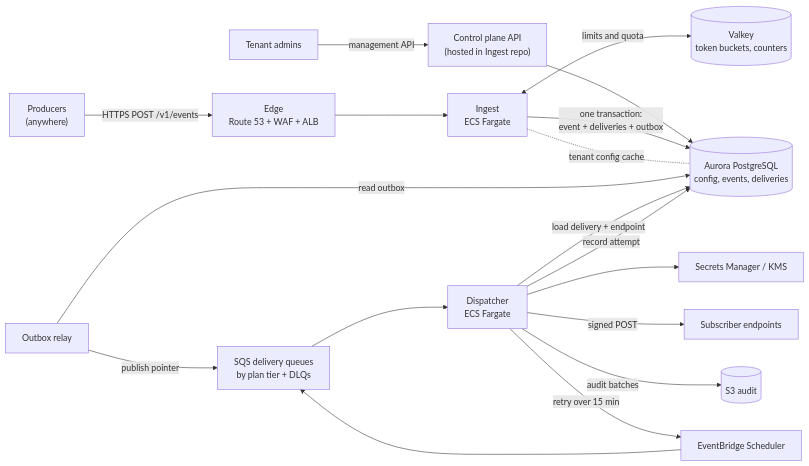
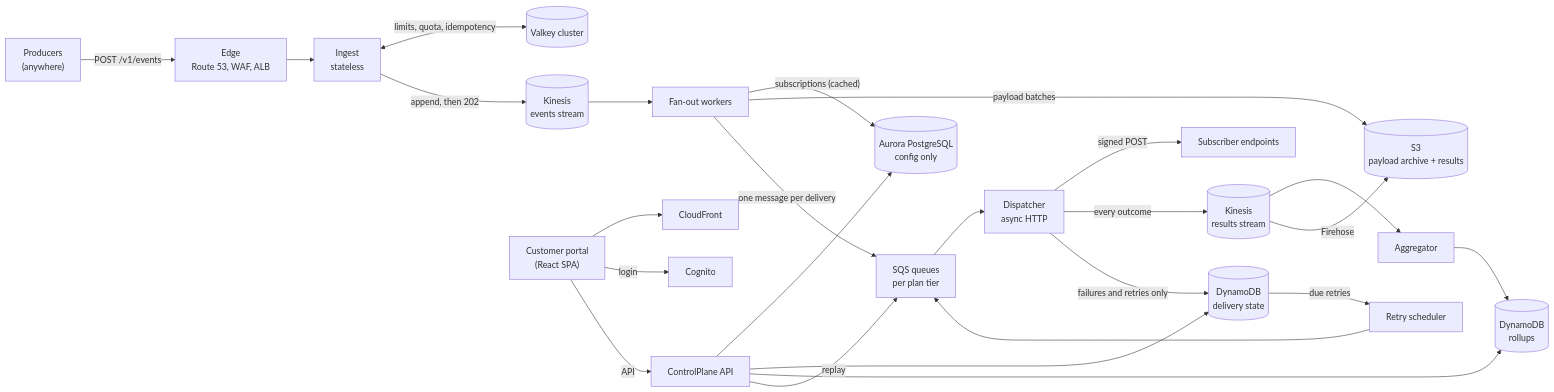
The first of 7 diagrams in docs/architecture.md (twobudgies/WebhookGateway), drawn with Mermaid before and after one commit. The commit also changed other lines of this file and 6 other files, not shown here.

Commit message:
docs: architecture v3 (30k events/s, pacing, connection limits), data plane, portal

````diff
--- a/docs/architecture.md
+++ b/docs/architecture.md
@@ -32,20 +44,27 @@
 ```mermaid
 flowchart LR
-  P["Producers<br/>(anywhere)"] -->|"HTTPS POST /v1/events"| E["Edge<br/>Route 53 + WAF + ALB"]
-  E --> I["Ingest<br/>ECS Fargate"]
-  C["Tenant admins"] -->|"management API"| CP["Control plane API<br/>(hosted in Ingest repo)"]
-  CP --> DB[("Aurora PostgreSQL<br/>config, events, deliveries")]
-  I <-->|"limits and quota"| R[("Valkey<br/>token buckets, counters")]
-  I -->|"one transaction:<br/>event + deliveries + outbox"| DB
-  I -. "tenant config cache" .- DB
-  OR["Outbox relay"] -->|"read outbox"| DB
-  OR -->|"publish pointer"| Q["SQS delivery queues<br/>by plan tier + DLQs"]
-  Q --> D["Dispatcher<br/>ECS Fargate"]
-  D -->|"load delivery + endpoint"| DB
-  D --> SM["Secrets Manager / KMS"]
-  D -->|"signed POST"| S["Subscriber endpoints"]
-  D -->|"record attempt"| DB
-  D -->|"audit batches"| S3[("S3 audit")]
-  D -->|"retry over 15 min"| EB["EventBridge Scheduler"]
-  EB --> Q
+  P["Producers<br/>(anywhere)"] -->|"POST /v1/events"| E["Edge<br/>Route 53, WAF, ALB"]
+  E --> I["Ingest<br/>stateless"]
+  I <-->|"limits, quota, idempotency"| V[("Valkey cluster")]
+  I -->|"append, then 202"| K1[("Kinesis<br/>events stream")]
+  K1 --> F["Fan-out workers"]
+  F -->|"subscriptions (cached)"| PG[("Aurora PostgreSQL<br/>config only")]
+  F -->|"payload batches"| S3[("S3<br/>payload archive + results")]
+  F -->|"one message per delivery"| Q["SQS queues<br/>per plan tier"]
+  Q --> D["Dispatcher<br/>async HTTP"]
+  D -->|"signed POST"| SUB["Subscriber endpoints"]
+  D -->|"every outcome"| K2[("Kinesis<br/>results stream")]
+  D -->|"failures and retries only"| DDB[("DynamoDB<br/>delivery state")]
+  DDB -->|"due retries"| RS["Retry scheduler"]
+  RS --> Q
+  K2 --> A["Aggregator"]
+  K2 -->|"Firehose"| S3
+  A --> RO[("DynamoDB<br/>rollups")]
+  UI["Customer portal<br/>(React SPA)"] --> CF["CloudFront"]
+  UI -->|"login"| CG["Cognito"]
+  UI -->|"API"| CP["ControlPlane API"]
+  CP --> PG
+  CP --> DDB
+  CP --> RO
+  CP -->|"replay"| Q
 ```
````
